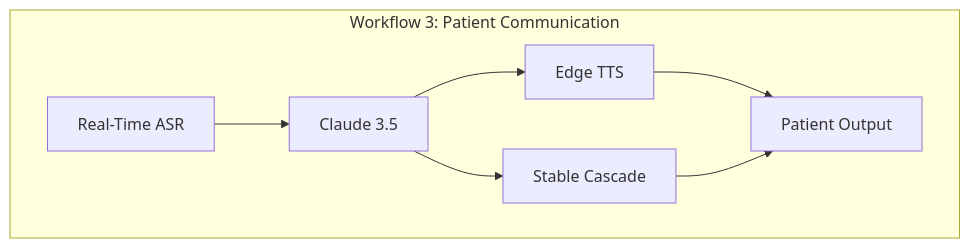
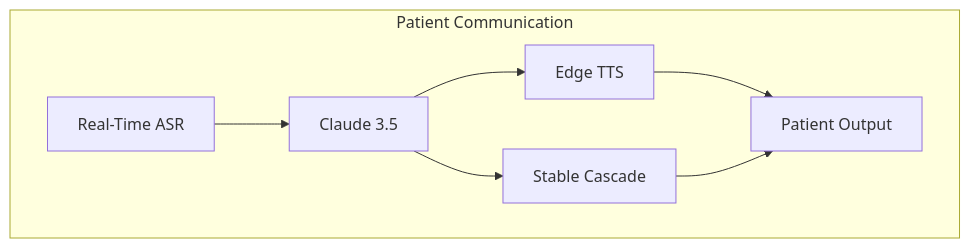
Before and after one commit to AaronCWacker/Yggdrasil: the third of 5 diagrams in Mermaid/MultimodalAIPipelines.md, drawn with Mermaid. The commit also changed other lines of this file, not shown here.

````diff
--- a/Mermaid/MultimodalAIPipelines.md
+++ b/Mermaid/MultimodalAIPipelines.md
@@ -31,10 +31,10 @@
 ```mermaid
 graph TD
-    subgraph "Workflow 3: Patient Communication"
+    subgraph "Patient Communication"
         SPEECH[Real-Time ASR] --> CLAUDE[Claude 3.5]
         CLAUDE --> TRANS[Edge TTS]
         CLAUDE --> VIS[Stable Cascade]
         TRANS --> OUT[Patient Output]
         VIS --> OUT
     end
 ```
````
